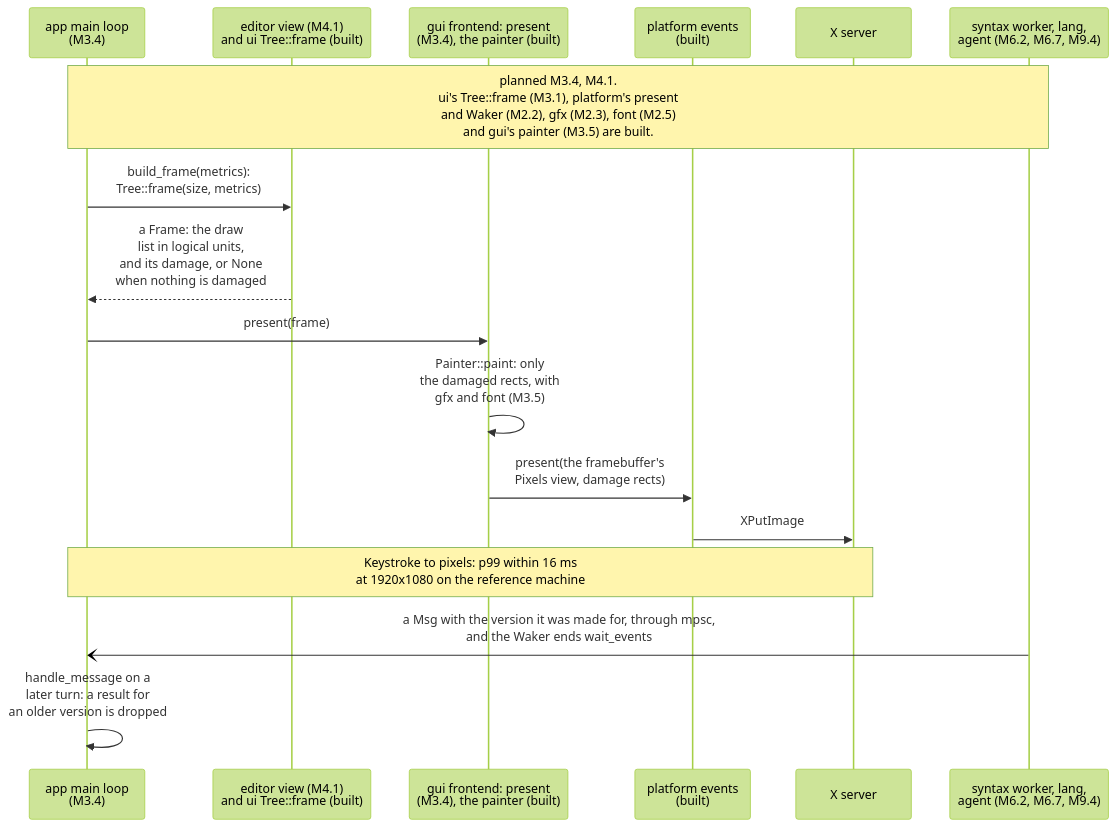
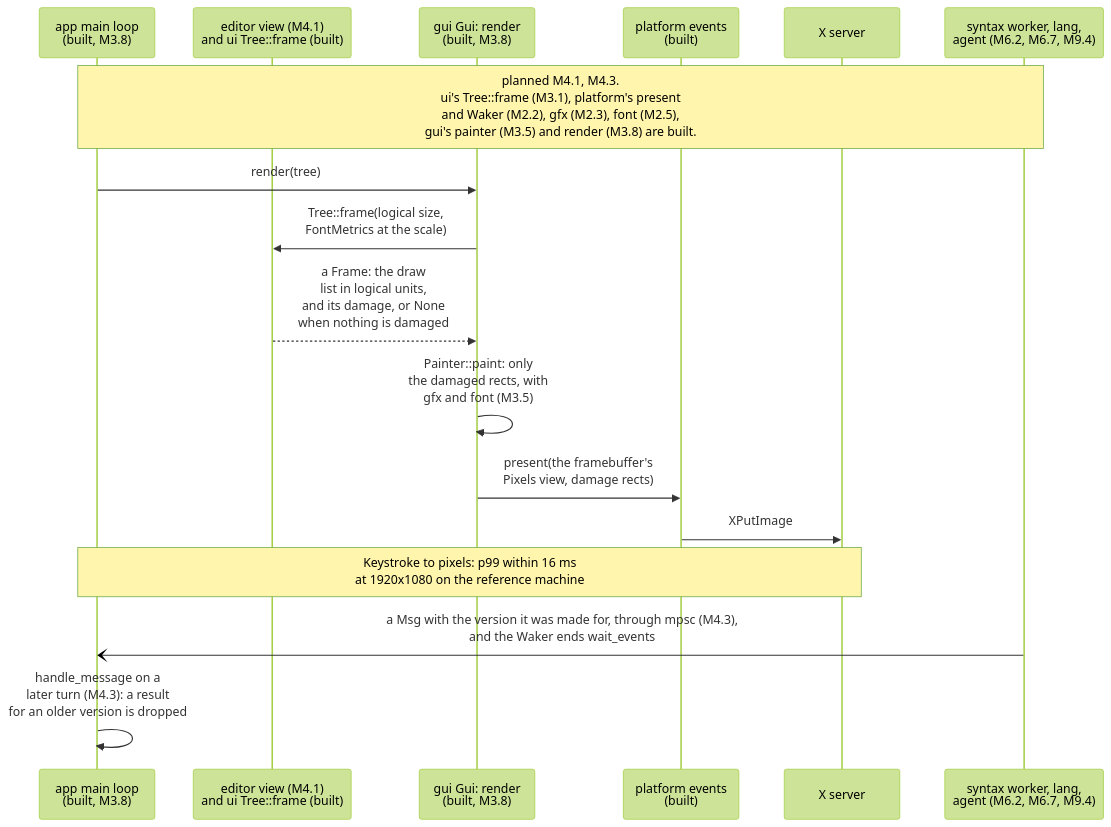
One commit to jabbott-iii/Tidepool changed diagram 14 of 24 in diagrams/sequence-diagrams.md. Above: the diagram before and after it, drawn with Mermaid (forest theme). The commit also changed other lines of this file and 27 other files, not shown here.

First line of the commit message:
feat(gui,app)!: the event-driven main loop (M3.8, ADR-0059)

````diff
--- a/diagrams/sequence-diagrams.md
+++ b/diagrams/sequence-diagrams.md
@@ -701,20 +698,20 @@
 ```mermaid
 sequenceDiagram
-    participant ML as app main loop<br/>(M3.4)
+    participant ML as app main loop<br/>(built, M3.8)
     participant View as editor view (M4.1)<br/>and ui Tree::frame (built)
-    participant Fe as gui frontend: present<br/>(M3.4), the painter (built)
+    participant Fe as gui Gui: render<br/>(built, M3.8)
     participant Plat as platform events<br/>(built)
     participant Disp as X server
     participant Bg as syntax worker, lang,<br/>agent (M6.2, M6.7, M9.4)
 
-    Note over ML,Bg: planned M3.4, M4.1.<br/>ui's Tree::frame (M3.1), platform's present<br/>and Waker (M2.2), gfx (M2.3), font (M2.5)<br/>and gui's painter (M3.5) are built.
-    ML->>View: build_frame(metrics):<br/>Tree::frame(size, metrics)
-    View-->>ML: a Frame: the draw<br/>list in logical units,<br/>and its damage, or None<br/>when nothing is damaged
-    ML->>Fe: present(frame)
+    Note over ML,Bg: planned M4.1, M4.3.<br/>ui's Tree::frame (M3.1), platform's present<br/>and Waker (M2.2), gfx (M2.3), font (M2.5),<br/>gui's painter (M3.5) and render (M3.8) are built.
+    ML->>Fe: render(tree)
+    Fe->>View: Tree::frame(logical size,<br/>FontMetrics at the scale)
+    View-->>Fe: a Frame: the draw<br/>list in logical units,<br/>and its damage, or None<br/>when nothing is damaged
     Fe->>Fe: Painter::paint: only<br/>the damaged rects, with<br/>gfx and font (M3.5)
     Fe->>Plat: present(the framebuffer's<br/>Pixels view, damage rects)
     Plat->>Disp: XPutImage
     Note over ML,Disp: Keystroke to pixels: p99 within 16 ms<br/>at 1920x1080 on the reference machine
-    Bg-)ML: a Msg with the version it was made for, through mpsc,<br/>and the Waker ends wait_events
-    ML->>ML: handle_message on a<br/>later turn: a result for<br/>an older version is dropped
+    Bg-)ML: a Msg with the version it was made for, through mpsc (M4.3),<br/>and the Waker ends wait_events
+    ML->>ML: handle_message on a<br/>later turn (M4.3): a result<br/>for an older version is dropped
 ```
````
